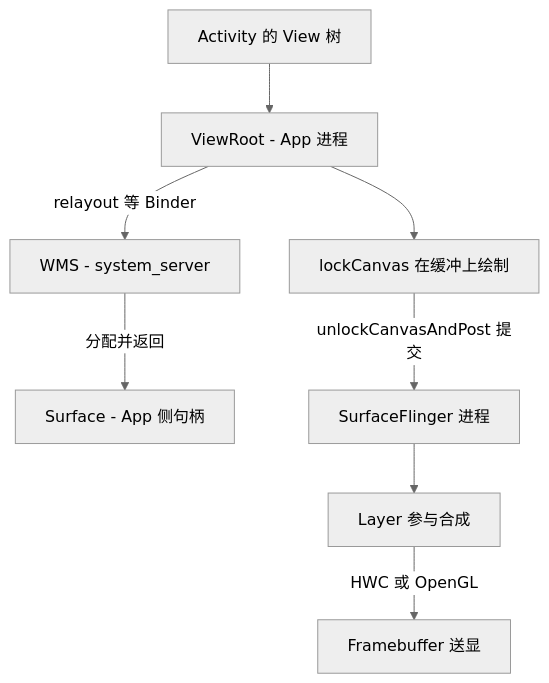
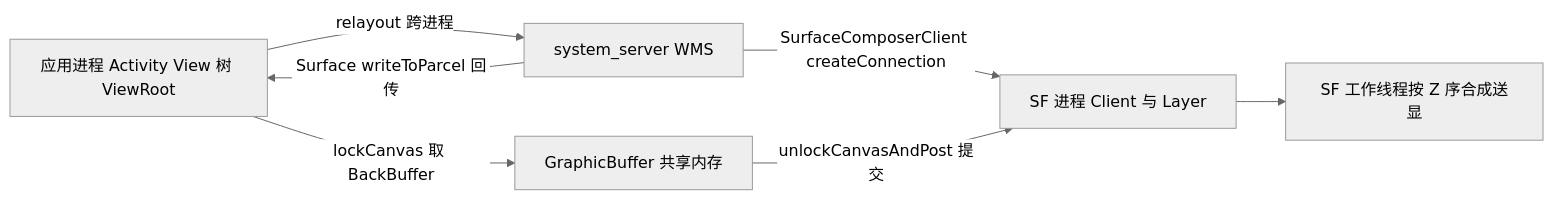
The diagram in Android/深入理解Android卷I/07-深入理解Surface系统.md (coswit/coswit.github.io), drawn with Mermaid (neutral theme) before and after one commit. The commit also changed other lines of this file and 81 other files, not shown here.

````diff
--- a/Android/深入理解Android卷I/07-深入理解Surface系统.md
+++ b/Android/深入理解Android卷I/07-深入理解Surface系统.md
@@ -5,10 +20,9 @@
 ```mermaid
-graph TD
-    A[Activity 的 View 树] --> B[ViewRoot - App 进程]
-    B -->|relayout 等 Binder| C[WMS - system_server]
-    C -->|分配并返回| D[Surface - App 侧句柄]
-    B --> E[lockCanvas 在缓冲上绘制]
-    E -->|unlockCanvasAndPost 提交| F[SurfaceFlinger 进程]
-    F --> G[Layer 参与合成]
-    G -->|HWC 或 OpenGL| H[Framebuffer 送显]
+graph LR
+    A[应用进程 Activity View 树 ViewRoot] -->|relayout 跨进程| B[system_server WMS]
+    B -->|Surface writeToParcel 回传| A
+    B -->|SurfaceComposerClient createConnection| C[SF 进程 Client 与 Layer]
+    A -->|lockCanvas 取 BackBuffer| D[GraphicBuffer 共享内存]
+    D -->|unlockCanvasAndPost 提交| C
+    C --> E[SF 工作线程按 Z 序合成送显]
 ```
````
